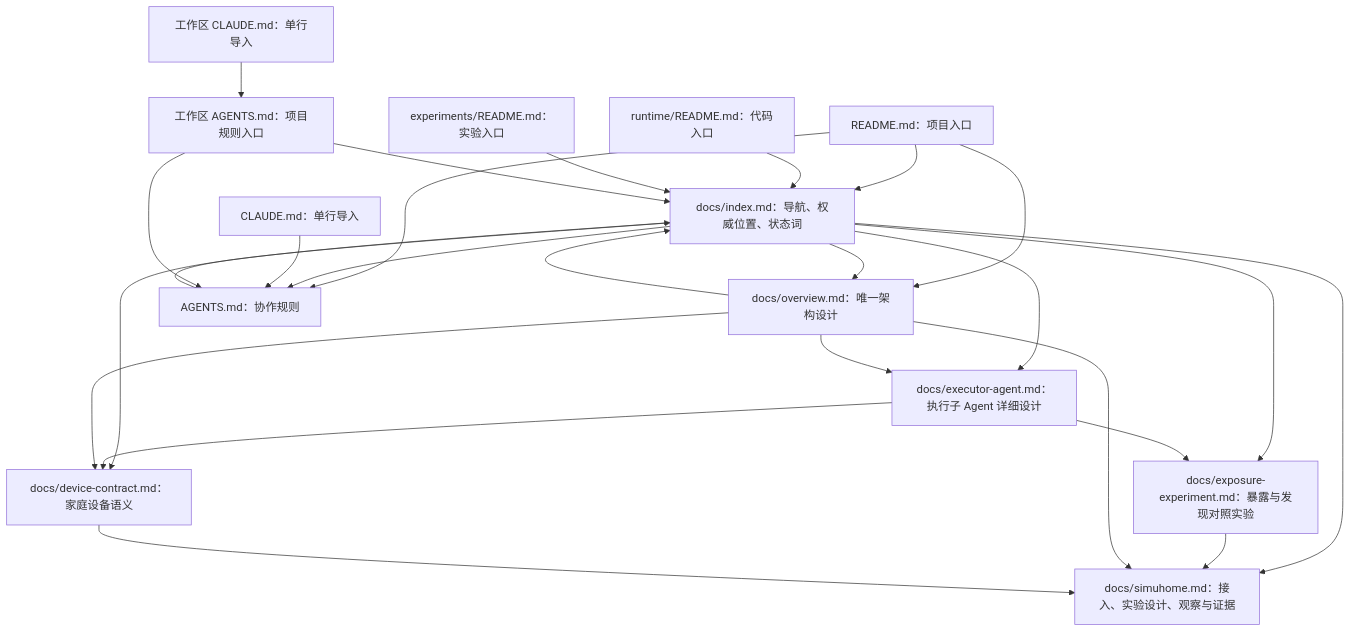
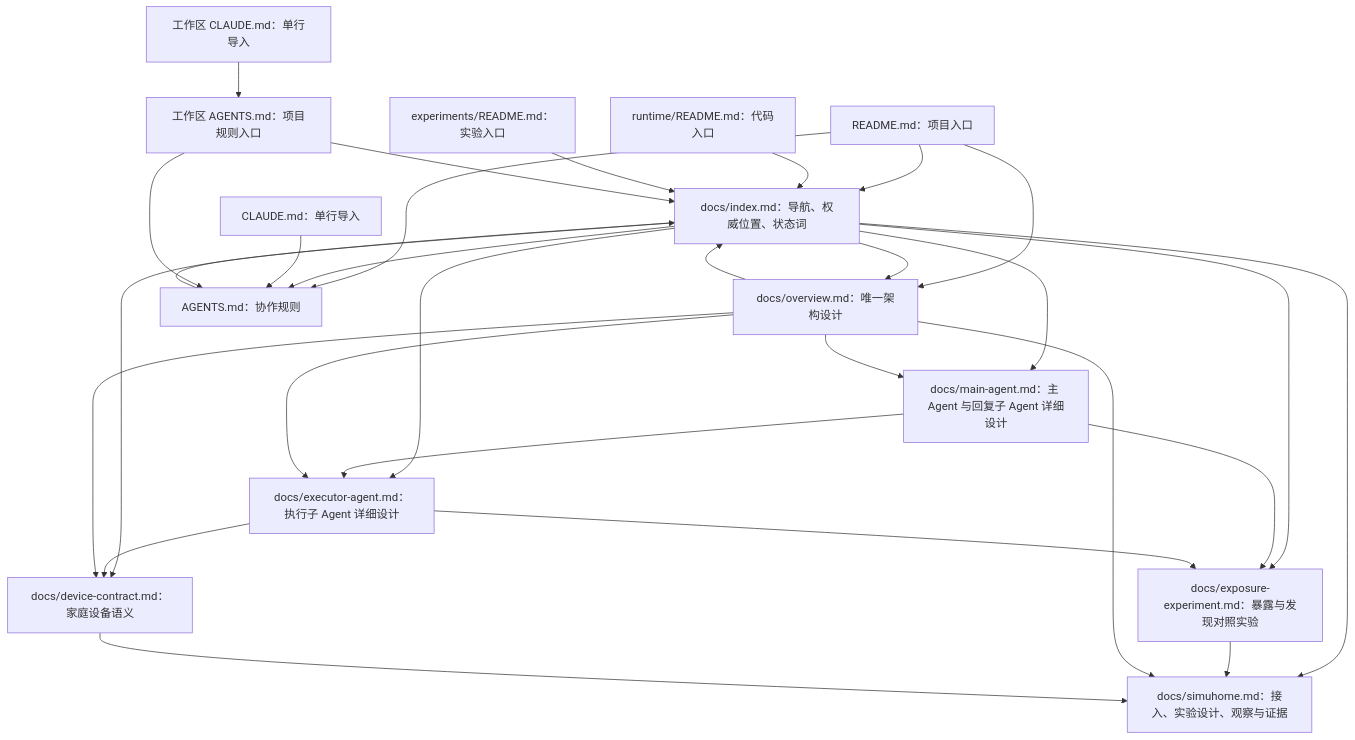
Before and after one commit to hongyue0721/home_agent: the diagram in docs/index.md, drawn with Mermaid. The commit also changed other lines of this file and 5 other files, not shown here.

First line of the commit message:
docs(architecture): 主 Agent 改为只做决策并新增回复子 Agent

````diff
--- a/docs/index.md
+++ b/docs/index.md
@@ -21,27 +22,31 @@
 ```mermaid
 flowchart TD
     README[README.md：项目入口] --> INDEX[docs/index.md：导航、权威位置、状态词]
     README --> OVERVIEW[docs/overview.md：唯一架构设计]
     README --> AGENTS[AGENTS.md：协作规则]
     INDEX --> OVERVIEW
     INDEX --> AGENTS
     INDEX --> CONTRACT[docs/device-contract.md：家庭设备语义]
     INDEX --> SIMUHOME[docs/simuhome.md：接入、实验设计、观察与证据]
+    INDEX --> MAIN_AGENT[docs/main-agent.md：主 Agent 与回复子 Agent 详细设计]
     INDEX --> EXECUTOR[docs/executor-agent.md：执行子 Agent 详细设计]
     INDEX --> EXPOSURE[docs/exposure-experiment.md：暴露与发现对照实验]
+    OVERVIEW --> MAIN_AGENT
+    MAIN_AGENT --> EXECUTOR
+    MAIN_AGENT --> EXPOSURE
     OVERVIEW --> EXECUTOR
     EXECUTOR --> CONTRACT
     EXECUTOR --> EXPOSURE
     EXPOSURE --> SIMUHOME
     OVERVIEW --> CONTRACT
     OVERVIEW --> SIMUHOME
     CONTRACT --> SIMUHOME
     RUNTIME_README[runtime/README.md：代码入口] --> INDEX
     EXPERIMENT_README[experiments/README.md：实验入口] --> INDEX
     OVERVIEW --> INDEX
     AGENTS --> INDEX
     CLAUDE[CLAUDE.md：单行导入] --> AGENTS
     WORKSPACE_CLAUDE[工作区 CLAUDE.md：单行导入] --> WORKSPACE_AGENTS[工作区 AGENTS.md：项目规则入口]
     WORKSPACE_AGENTS --> AGENTS
     WORKSPACE_AGENTS --> INDEX
 ```
````
